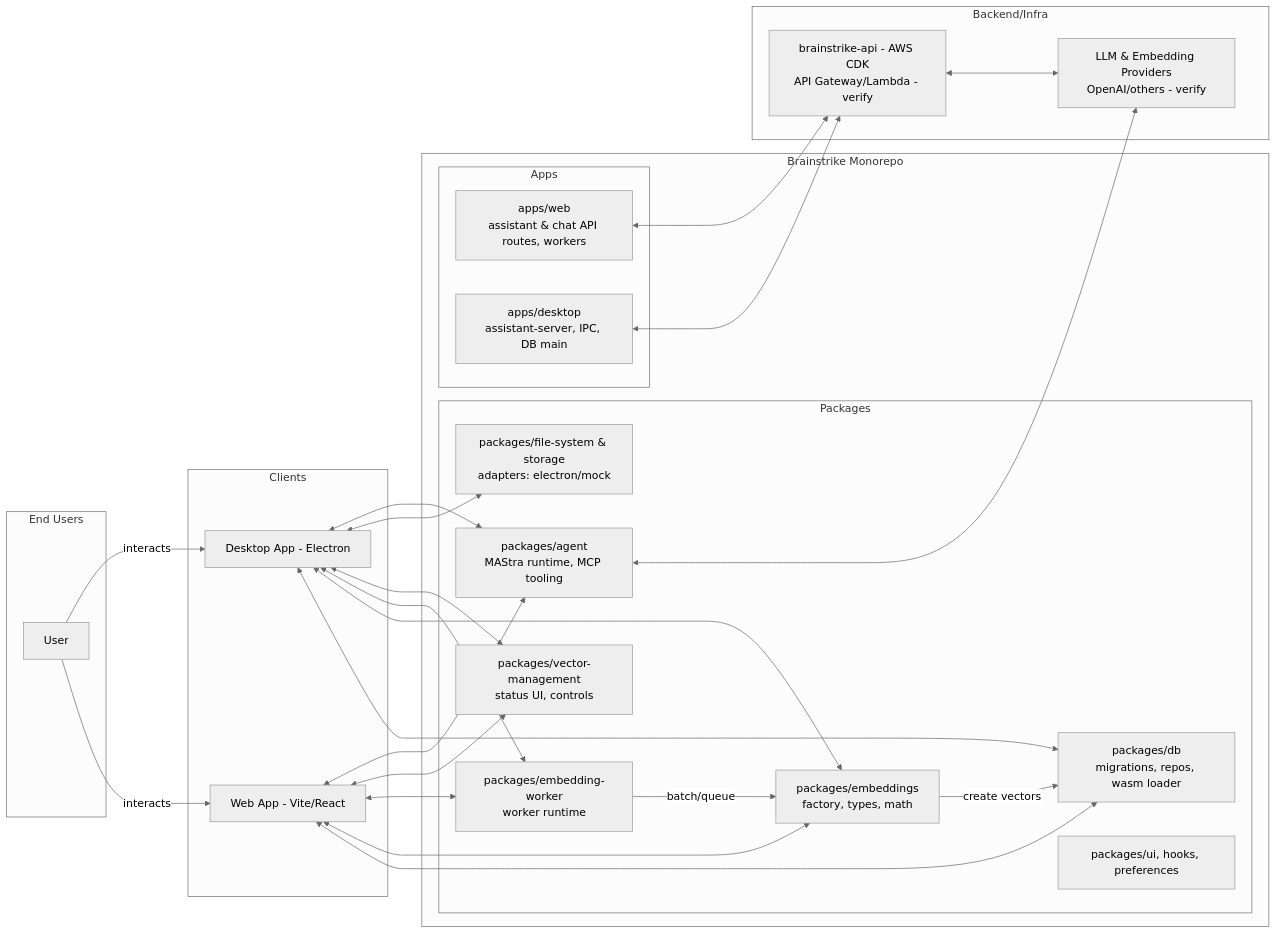
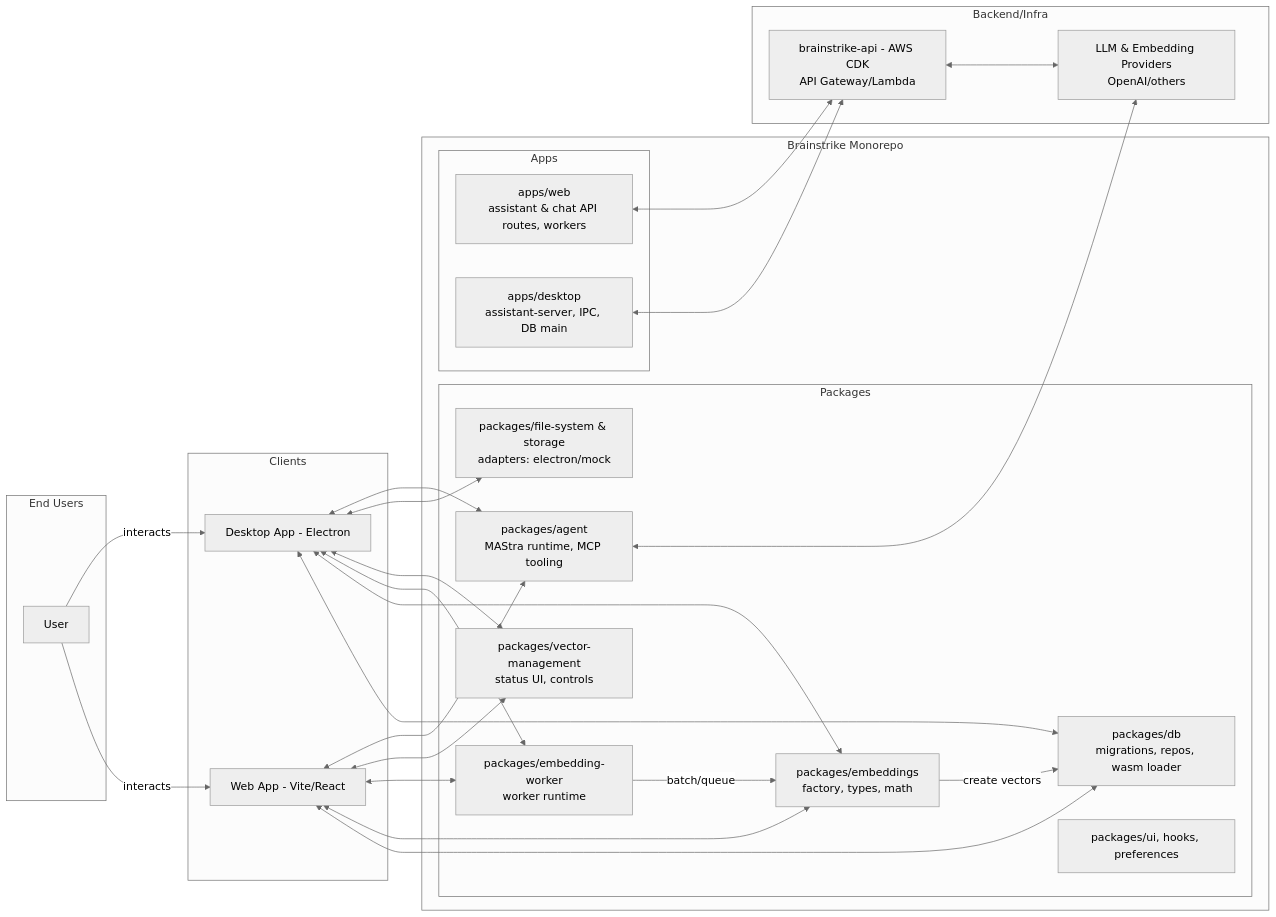
One commit to seandearnaley/brainstrike changed the diagram in docs/architecture/01-system-context.md. Above: the diagram before and after it, drawn with Mermaid (neutral theme). The commit also changed 4 other files, not shown here.

````diff
--- a/docs/architecture/01-system-context.md
+++ b/docs/architecture/01-system-context.md
@@ -3,55 +3,55 @@
 ```mermaid
 flowchart LR
   subgraph UserSpace[End Users]
     U1[User]
   end
 
   subgraph Clients[Clients]
     W["Web App - Vite/React"]
     D["Desktop App - Electron"]
   end
 
   subgraph Core[Brainstrike Monorepo]
     subgraph Pkgs[Packages]
       DB["packages/db<br/>migrations, repos, wasm loader"]
       EMB["packages/embeddings<br/>factory, types, math"]
       EW["packages/embedding-worker<br/>worker runtime"]
       VM["packages/vector-management<br/>status UI, controls"]
       FS["packages/file-system & storage<br/>adapters: electron/mock"]
       AG["packages/agent<br/>MAStra runtime, MCP tooling"]
       UI[packages/ui, hooks, preferences]
     end
     subgraph Apps[Apps]
       AWeb["apps/web<br/>assistant & chat API routes, workers"]
       ADesk["apps/desktop<br/>assistant-server, IPC, DB main"]
     end
   end
 
   subgraph Backend[Backend/Infra]
-    API["brainstrike-api - AWS CDK<br/>API Gateway/Lambda - verify"]
-    LLM["LLM & Embedding Providers<br/>OpenAI/others - verify"]
+    API["brainstrike-api - AWS CDK<br/>API Gateway/Lambda"]
+    LLM["LLM & Embedding Providers<br/>OpenAI/others"]
   end
 
   U1 -->|interacts| W
   U1 -->|interacts| D
 
   W <--> DB
   W <--> EMB
   W <--> EW
   W <--> VM
   W <--> AG
 
   D <--> DB
   D <--> EMB
   D <--> EW
   D <--> VM
   D <--> FS
   D <--> AG
 
   AWeb <--> API
   ADesk <--> API
   EMB -->|create vectors| DB
   EW -->|batch/queue| EMB
   AG <--> LLM
   API <--> LLM
 ```
````
